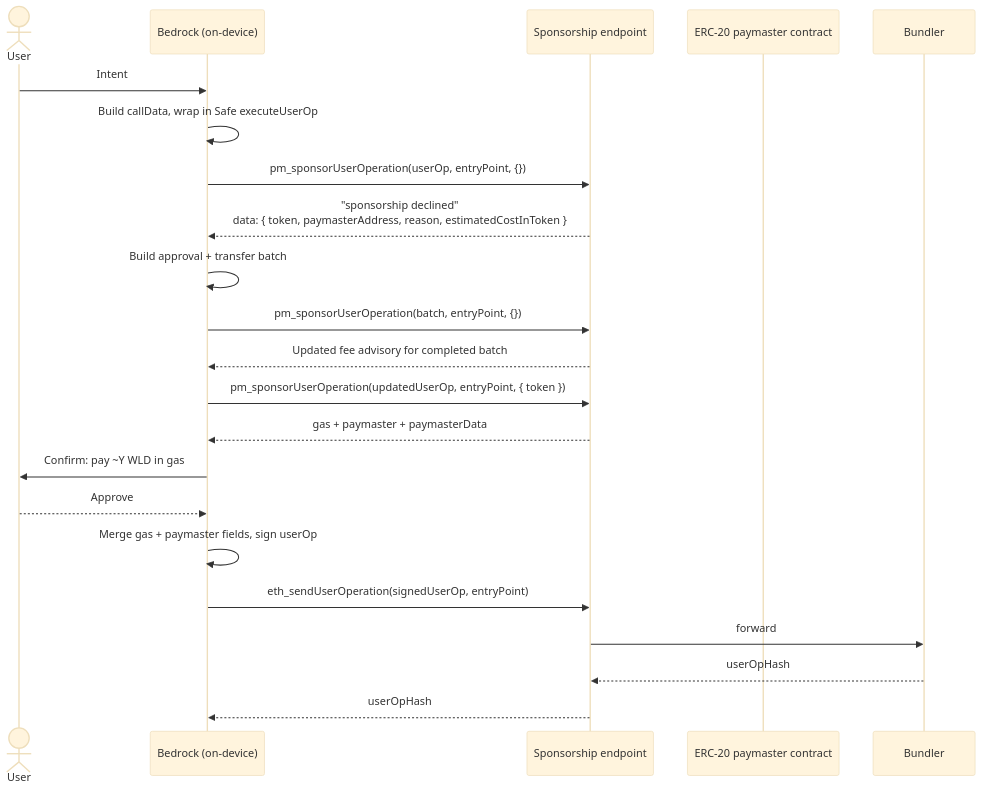
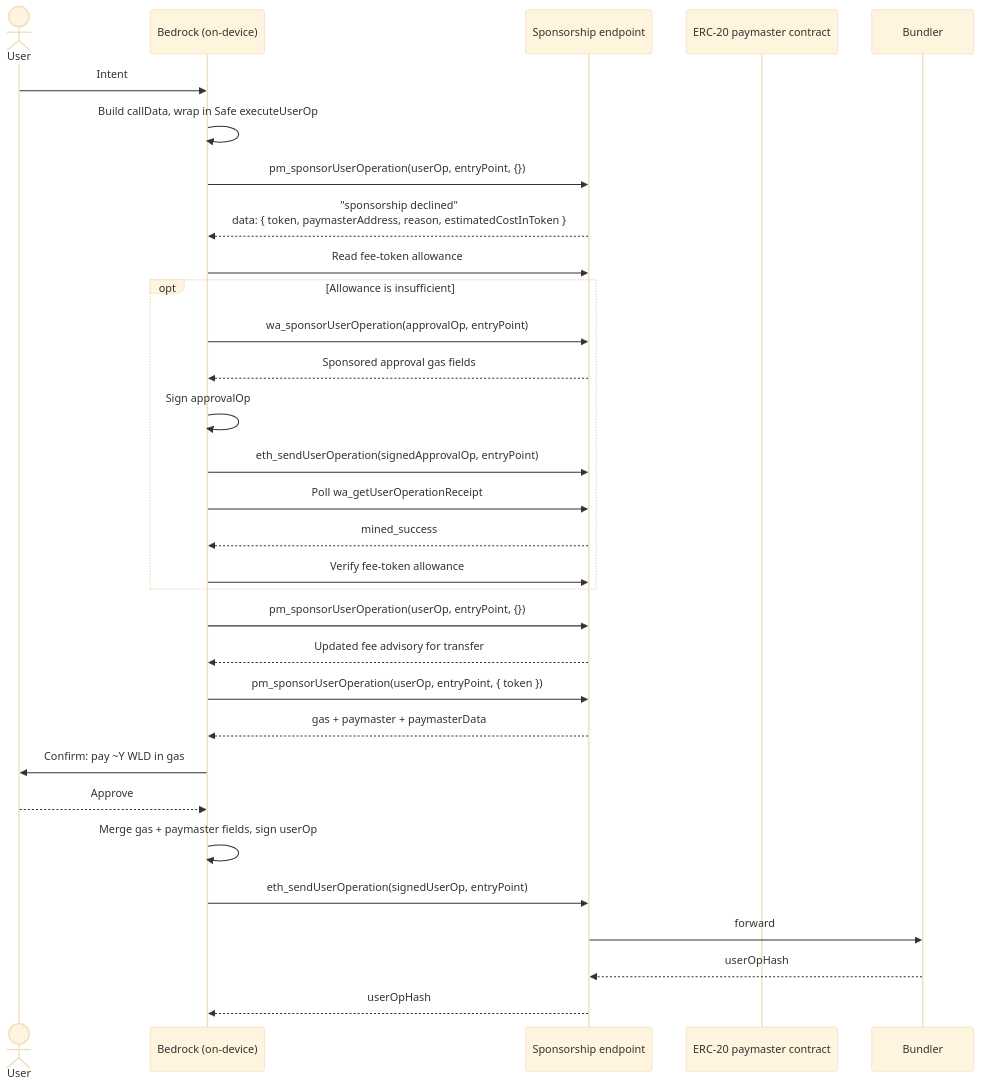
One commit to worldcoin/bedrock changed the second of 2 diagrams in bedrock/src/transactions/transaction.md. Above: the diagram before and after it, drawn with Mermaid (base theme). The commit also changed other lines of this file and 4 other files, not shown here.

Commit message:
fix(transactions): confirm fee approval before preparing transfer

````diff
--- a/bedrock/src/transactions/transaction.md
+++ b/bedrock/src/transactions/transaction.md
@@ -104,30 +104,39 @@
 ```mermaid
 sequenceDiagram
     actor User
     participant Bedrock as Bedrock (on-device)
     participant Endpoint as Sponsorship endpoint
     participant Paymaster as ERC-20 paymaster contract
     participant Bundler
 
     User->>Bedrock: Intent
     Bedrock->>Bedrock: Build callData, wrap in Safe executeUserOp
 
     Bedrock->>Endpoint: pm_sponsorUserOperation(userOp, entryPoint, {})
     Endpoint-->>Bedrock: "sponsorship declined"<br/>data: { token, paymasterAddress, reason, estimatedCostInToken }
 
-    Bedrock->>Bedrock: Build approval + transfer batch
-    Bedrock->>Endpoint: pm_sponsorUserOperation(batch, entryPoint, {})
-    Endpoint-->>Bedrock: Updated fee advisory for completed batch
+    Bedrock->>Endpoint: Read fee-token allowance
+    opt Allowance is insufficient
+        Bedrock->>Endpoint: wa_sponsorUserOperation(approvalOp, entryPoint)
+        Endpoint-->>Bedrock: Sponsored approval gas fields
+        Bedrock->>Bedrock: Sign approvalOp
+        Bedrock->>Endpoint: eth_sendUserOperation(signedApprovalOp, entryPoint)
+        Bedrock->>Endpoint: Poll wa_getUserOperationReceipt
+        Endpoint-->>Bedrock: mined_success
+        Bedrock->>Endpoint: Verify fee-token allowance
+    end
+    Bedrock->>Endpoint: pm_sponsorUserOperation(userOp, entryPoint, {})
+    Endpoint-->>Bedrock: Updated fee advisory for transfer
 
-    Bedrock->>Endpoint: pm_sponsorUserOperation(updatedUserOp, entryPoint, { token })
+    Bedrock->>Endpoint: pm_sponsorUserOperation(userOp, entryPoint, { token })
     Endpoint-->>Bedrock: gas + paymaster + paymasterData
 
     Bedrock->>User: Confirm: pay ~Y WLD in gas
     User-->>Bedrock: Approve
     Bedrock->>Bedrock: Merge gas + paymaster fields, sign userOp
 
     Bedrock->>Endpoint: eth_sendUserOperation(signedUserOp, entryPoint)
     Endpoint->>Bundler: forward
     Bundler-->>Endpoint: userOpHash
     Endpoint-->>Bedrock: userOpHash
 ```
````
